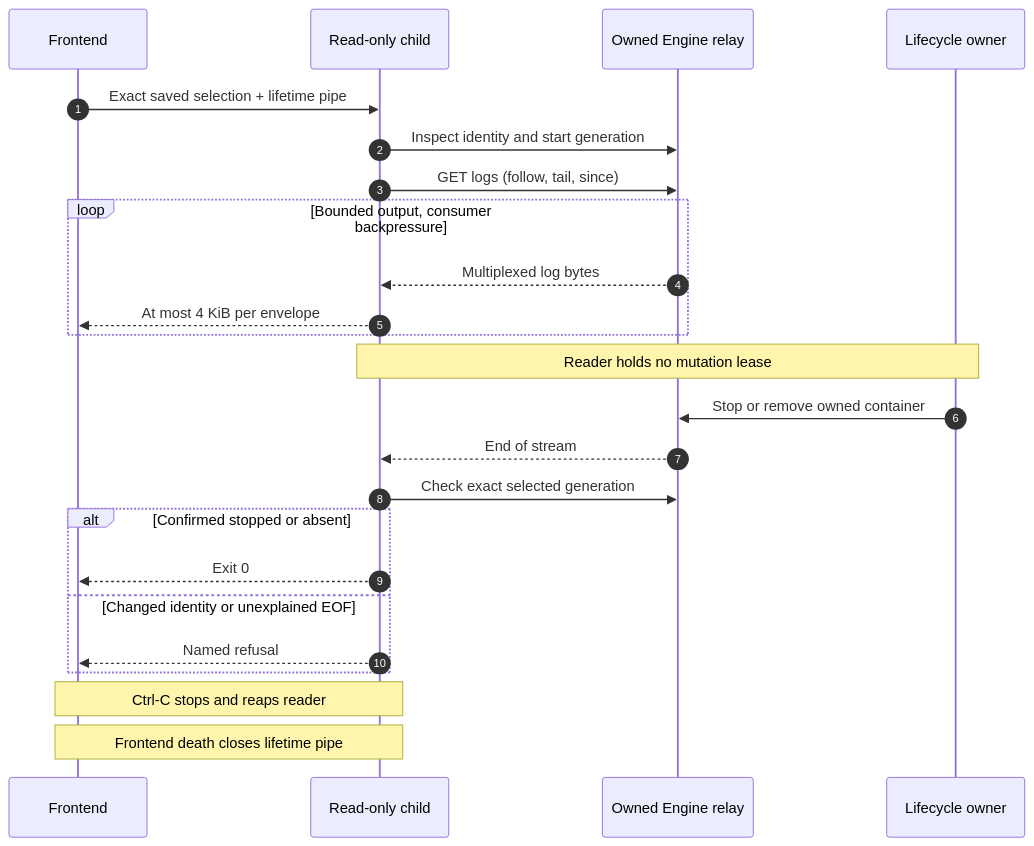
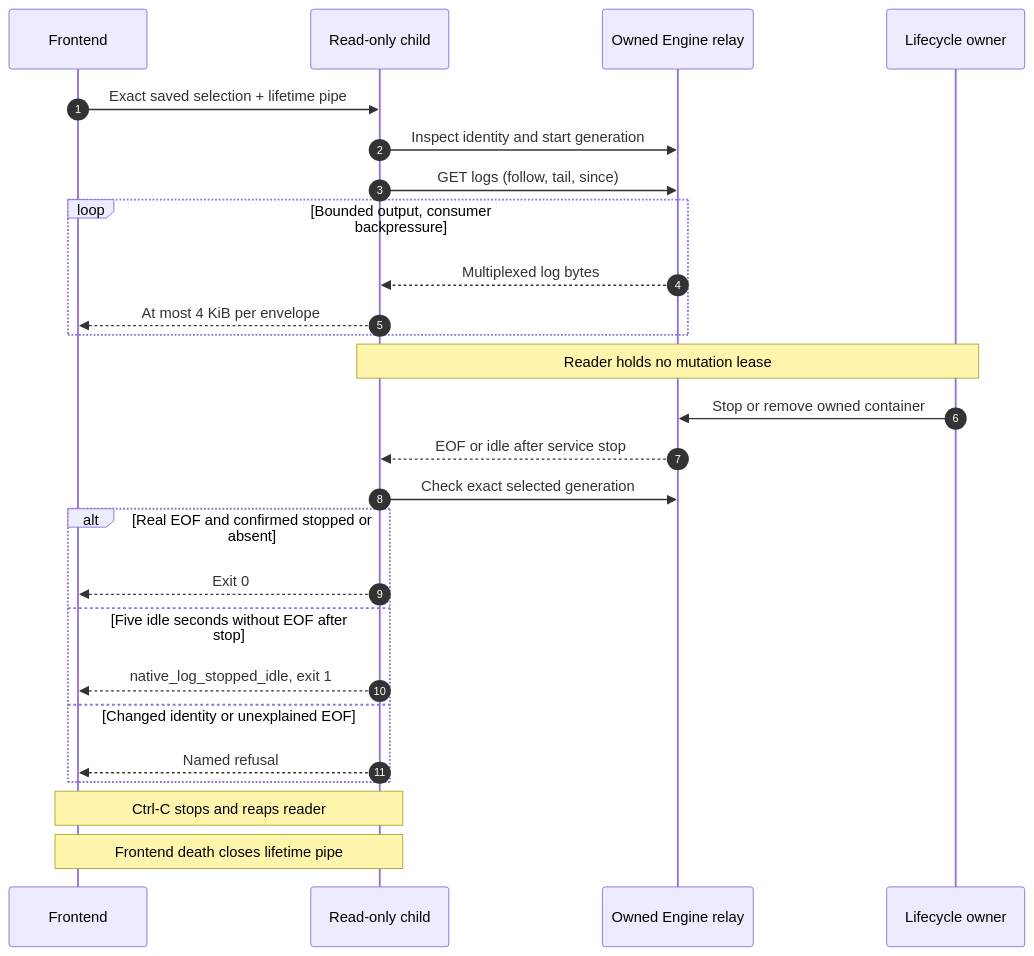
Before and after one commit to hack-dance/hack: the diagram in docs/native/log-follow.mmd, drawn with Mermaid. The commit also changed 21 other files, not shown here.

Commit message:
fix(native): preserve log follow continuity and completion evidence

```diff
--- a/docs/native/log-follow.mmd
+++ b/docs/native/log-follow.mmd
@@ -1,24 +1,26 @@
 sequenceDiagram
     autonumber
     participant CLI as Frontend
     participant Reader as Read-only child
     participant Engine as Owned Engine relay
     participant Down as Lifecycle owner
     CLI->>Reader: Exact saved selection + lifetime pipe
     Reader->>Engine: Inspect identity and start generation
     Reader->>Engine: GET logs (follow, tail, since)
     loop Bounded output, consumer backpressure
         Engine-->>Reader: Multiplexed log bytes
         Reader-->>CLI: At most 4 KiB per envelope
     end
     Note over Reader,Down: Reader holds no mutation lease
     Down->>Engine: Stop or remove owned container
-    Engine-->>Reader: End of stream
+    Engine-->>Reader: EOF or idle after service stop
     Reader->>Engine: Check exact selected generation
-    alt Confirmed stopped or absent
+    alt Real EOF and confirmed stopped or absent
         Reader-->>CLI: Exit 0
+    else Five idle seconds without EOF after stop
+        Reader-->>CLI: native_log_stopped_idle, exit 1
     else Changed identity or unexplained EOF
         Reader-->>CLI: Named refusal
     end
     Note over CLI,Reader: Ctrl-C stops and reaps reader
     Note over CLI,Reader: Frontend death closes lifetime pipe
```
